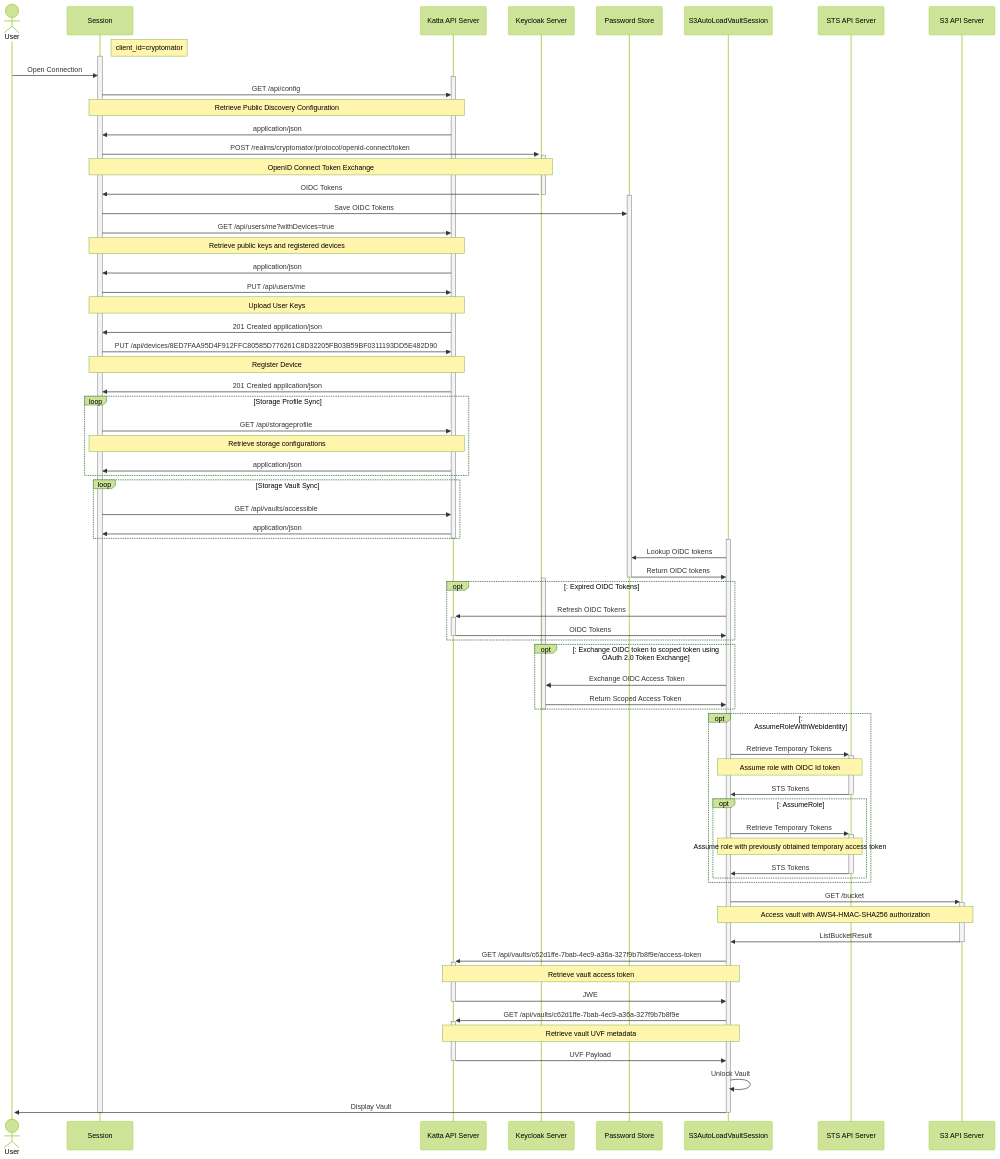
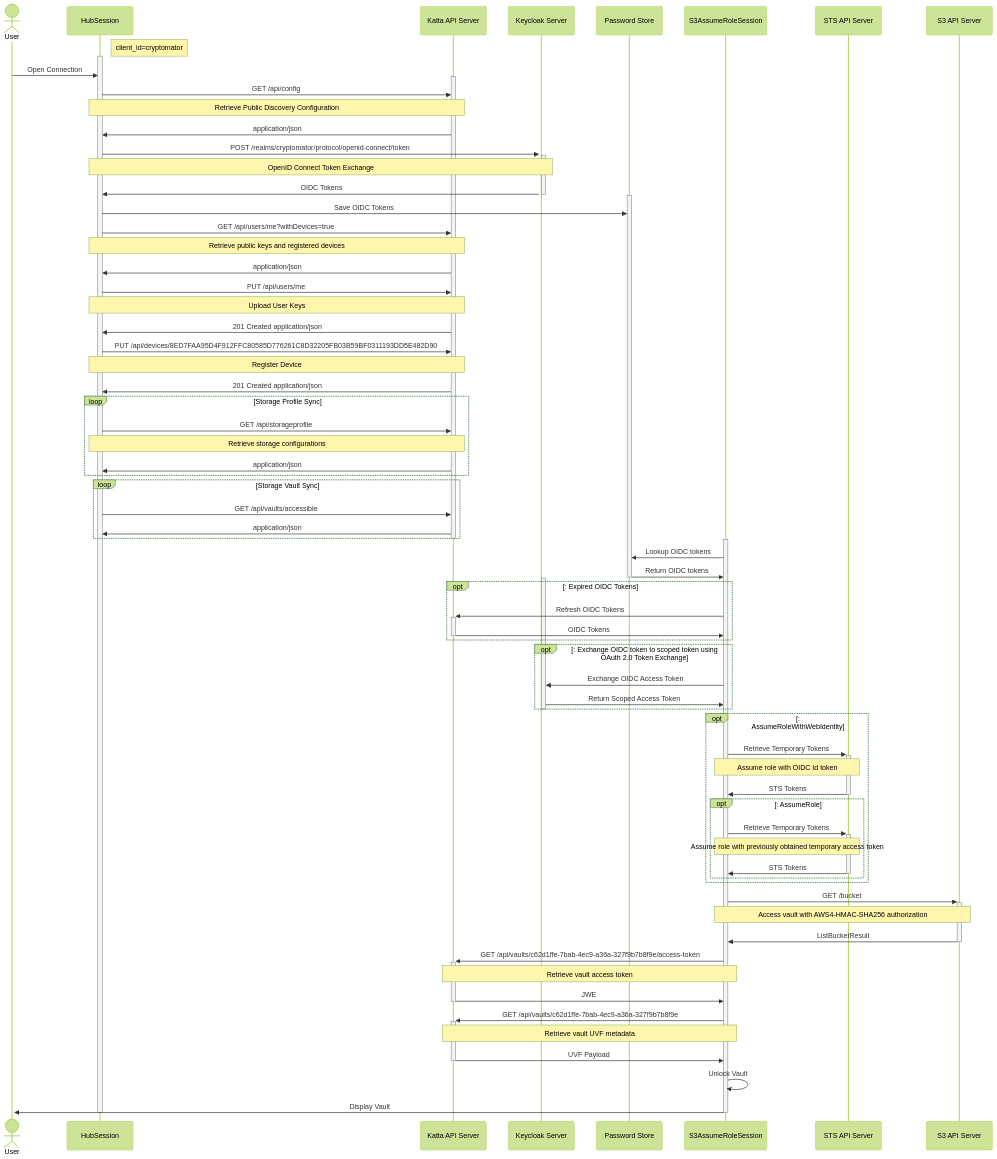
Before and after one commit to shift7-ch/katta-clientlib: the third of 3 diagrams in README.md, drawn with Mermaid (forest theme).

Commit message:
Rename to match class names.

```diff
--- a/README.md
+++ b/README.md
@@ -126,7 +126,7 @@
 sequenceDiagram
     actor User
 
-    participant session as Session
+    participant session as HubSession
     participant katta as Katta API Server
 
     Note right of session: client_id=cryptomator
@@ -171,7 +171,7 @@
     end
     deactivate katta
 
-    participant vault as S3AutoLoadVaultSession
+    participant vault as S3AssumeRoleSession
     activate vault
     vault->>keychain: Lookup OIDC tokens
     keychain->>vault: Return OIDC tokens
```
